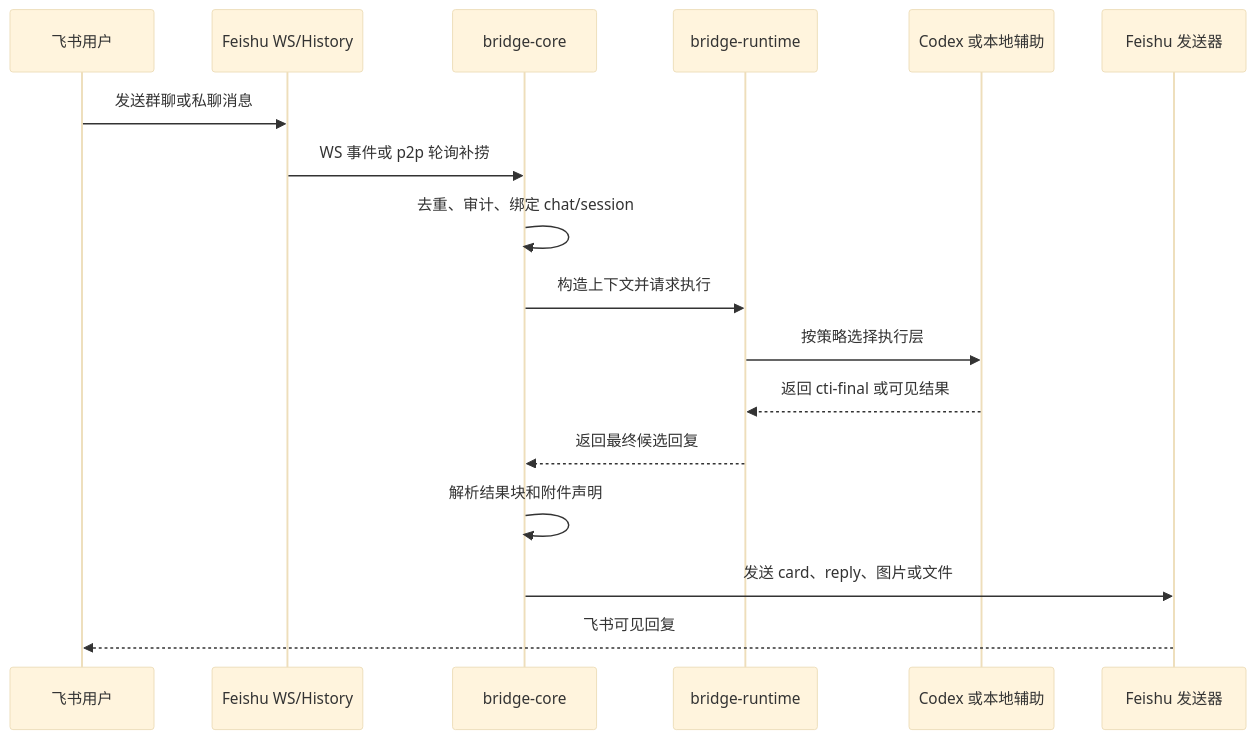
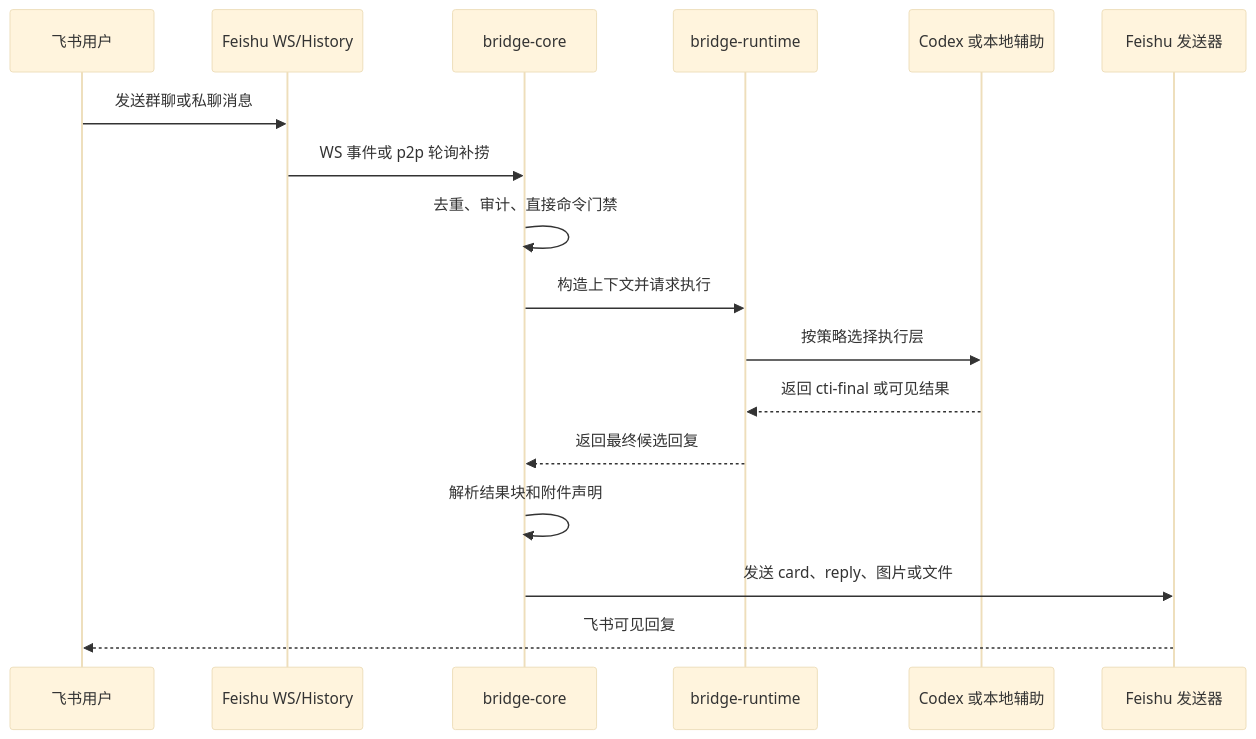
Before and after one commit to dddfuxi/codex-im-suite: the third of 7 diagrams in docs/PROJECT-ARCHITECTURE.md, drawn with Mermaid (base theme). The commit also changed other lines of this file and 136 other files, not shown here.

````diff
--- a/docs/PROJECT-ARCHITECTURE.md
+++ b/docs/PROJECT-ARCHITECTURE.md
@@ -85,20 +86,20 @@
 ```mermaid
 sequenceDiagram
   participant User as 飞书用户
   participant Feishu as Feishu WS/History
   participant Core as bridge-core
   participant Runtime as bridge-runtime
   participant Provider as Codex 或本地辅助
   participant Sender as Feishu 发送器
 
   User->>Feishu: 发送群聊或私聊消息
   Feishu->>Core: WS 事件或 p2p 轮询补捞
-  Core->>Core: 去重、审计、绑定 chat/session
+  Core->>Core: 去重、审计、直接命令门禁
   Core->>Runtime: 构造上下文并请求执行
   Runtime->>Provider: 按策略选择执行层
   Provider-->>Runtime: 返回 cti-final 或可见结果
   Runtime-->>Core: 返回最终候选回复
   Core->>Core: 解析结果块和附件声明
   Core->>Sender: 发送 card、reply、图片或文件
   Sender-->>User: 飞书可见回复
 ```
````
